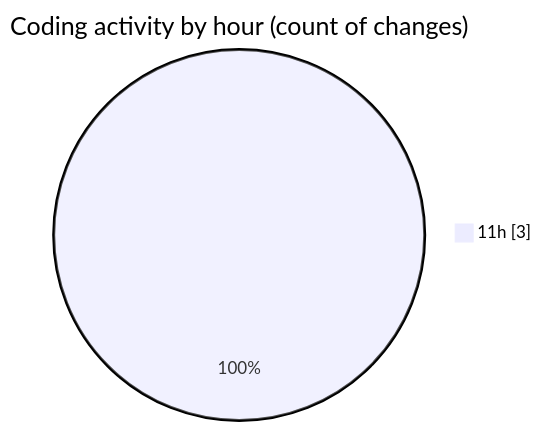
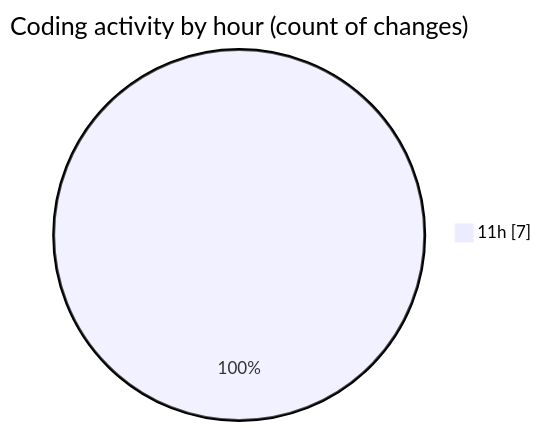
One commit to debugP/code-tracking changed the second of 2 diagrams in 2025-09-26/untitled__workspace_/README.md. Above: the diagram before and after it, drawn with Mermaid. The commit also changed other lines of this file and 1 other file, not shown here.

````diff
--- a/2025-09-26/untitled__workspace_/README.md
+++ b/2025-09-26/untitled__workspace_/README.md
@@ -29,5 +31,5 @@
 ```mermaid
 pie showData
 title Coding activity by hour (count of changes)
-"11h" : 3
+"11h" : 7
 ```
````
